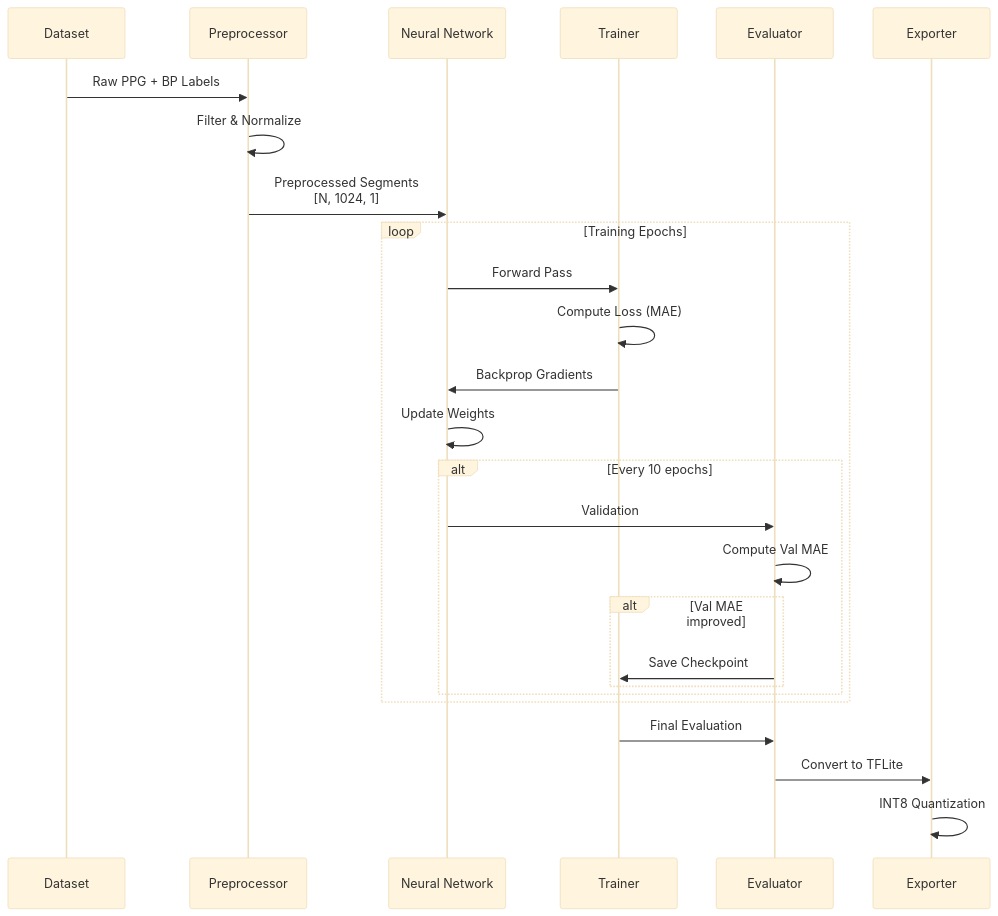
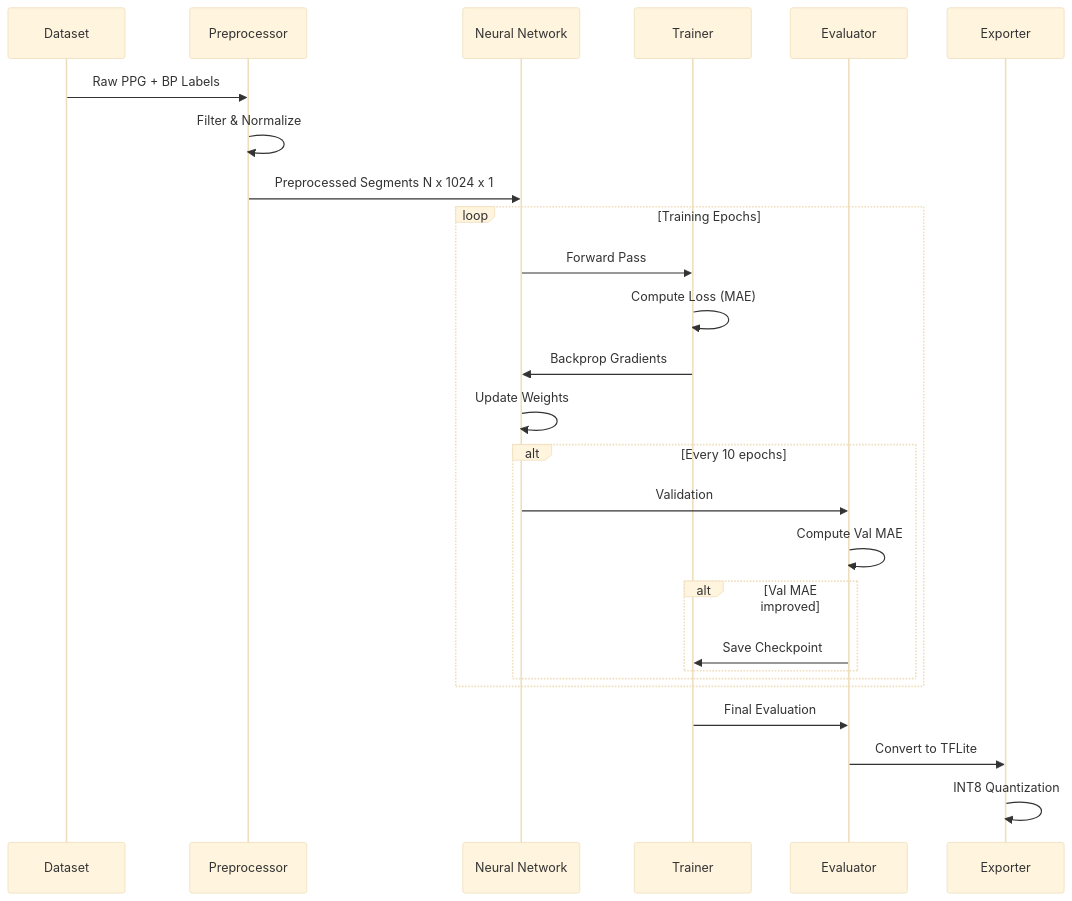
The second of 2 diagrams in README.md (BuccKyy/Deep-PPG-Research-Core), drawn with Mermaid (base theme) before and after one commit. The commit also changed other lines of this file, not shown here.

Commit message:
Fix Mermaid diagram syntax errors - remove HTML break tags

````diff
--- a/README.md
+++ b/README.md
@@ -154,33 +170,33 @@
 ```mermaid
 sequenceDiagram
     participant Data as Dataset
     participant Prep as Preprocessor
     participant Model as Neural Network
     participant Train as Trainer
     participant Eval as Evaluator
     participant Export as Exporter
 
     Data->>Prep: Raw PPG + BP Labels
     Prep->>Prep: Filter & Normalize
-    Prep->>Model: Preprocessed Segments<br/>[N, 1024, 1]
+    Prep->>Model: Preprocessed Segments N x 1024 x 1
     
     loop Training Epochs
         Model->>Train: Forward Pass
         Train->>Train: Compute Loss (MAE)
         Train->>Model: Backprop Gradients
         Model->>Model: Update Weights
         
         alt Every 10 epochs
             Model->>Eval: Validation
             Eval->>Eval: Compute Val MAE
             
             alt Val MAE improved
                 Eval->>Train: Save Checkpoint
             end
         end
     end
     
     Train->>Eval: Final Evaluation
     Eval->>Export: Convert to TFLite
     Export->>Export: INT8 Quantization
 ```
````
